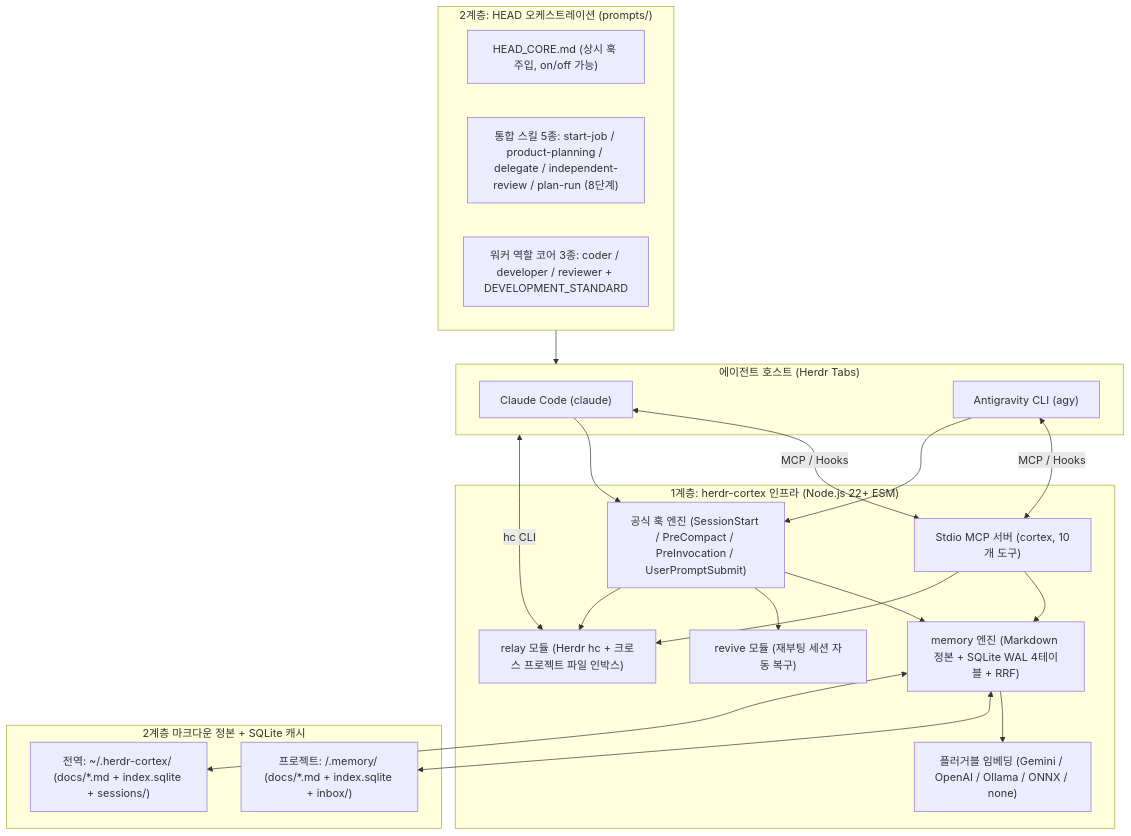
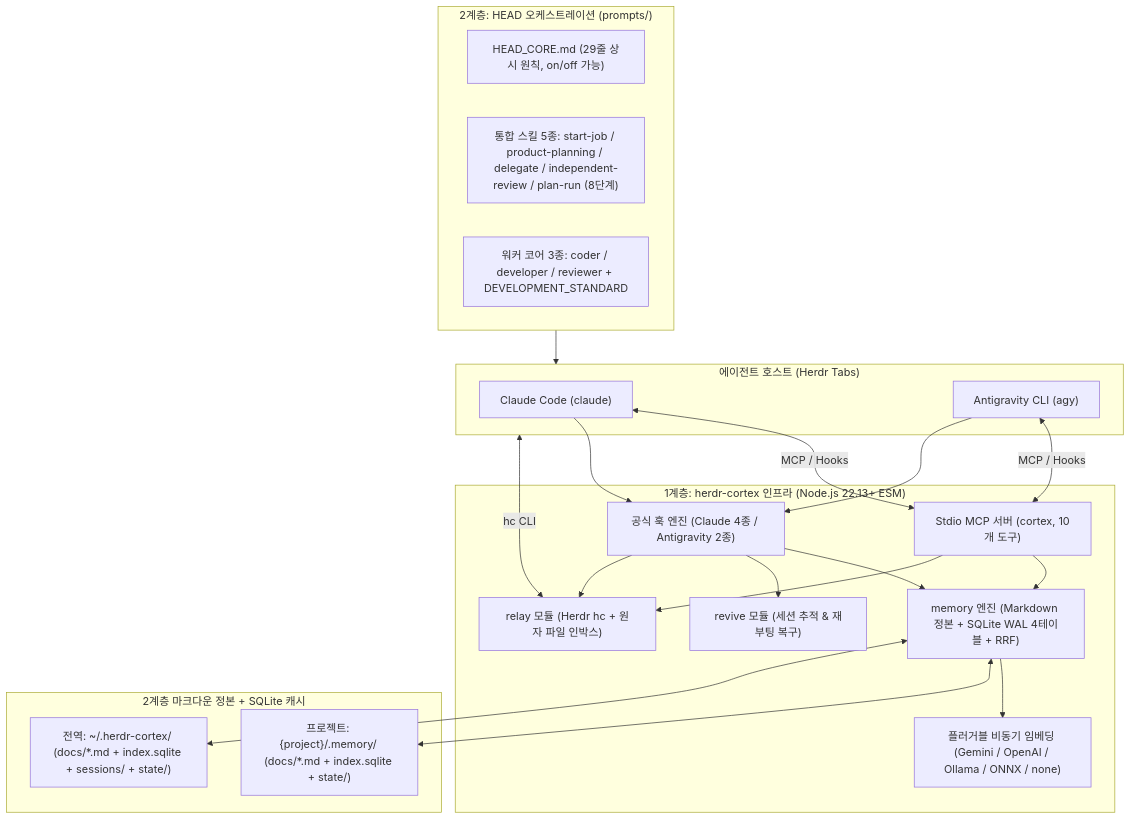
Before and after one commit to ggumtakg/herdr-cortex: the diagram in README.md, drawn with Mermaid. The commit also changed other lines of this file, not shown here.

Commit message:
Rewrite README.md to reflect hardened architecture and verified specs

````diff
--- a/README.md
+++ b/README.md
@@ -36,42 +94,42 @@
 ```mermaid
 flowchart TB
     subgraph Layer2["2계층: HEAD 오케스트레이션 (prompts/)"]
-        HC["HEAD_CORE.md (상시 훅 주입, on/off 가능)"]
+        HC["HEAD_CORE.md (29줄 상시 원칙, on/off 가능)"]
         SK["통합 스킬 5종: start-job / product-planning / delegate / independent-review / plan-run (8단계)"]
-        WK["워커 역할 코어 3종: coder / developer / reviewer + DEVELOPMENT_STANDARD"]
+        WK["워커 코어 3종: coder / developer / reviewer + DEVELOPMENT_STANDARD"]
     end
 
     subgraph Hosts["에이전트 호스트 (Herdr Tabs)"]
         CL["Claude Code (claude)"]
         AG["Antigravity CLI (agy)"]
     end
 
-    subgraph Layer1["1계층: herdr-cortex 인프라 (Node.js 22+ ESM)"]
+    subgraph Layer1["1계층: herdr-cortex 인프라 (Node.js 22.13+ ESM)"]
         MCP["Stdio MCP 서버 (cortex, 10개 도구)"]
-        HOOK["공식 훅 엔진 (SessionStart / PreCompact / PreInvocation / UserPromptSubmit)"]
-        REV["revive 모듈 (재부팅 세션 자동 복구)"]
-        REL["relay 모듈 (Herdr hc + 크로스 프로젝트 파일 인박스)"]
+        HOOK["공식 훅 엔진 (Claude 4종 / Antigravity 2종)"]
+        REV["revive 모듈 (세션 추적 & 재부팅 복구)"]
+        REL["relay 모듈 (Herdr hc + 원자 파일 인박스)"]
         MEM["memory 엔진 (Markdown 정본 + SQLite WAL 4테이블 + RRF)"]
-        EMB["플러거블 임베딩 (Gemini / OpenAI / Ollama / ONNX / none)"]
+        EMB["플러거블 비동기 임베딩 (Gemini / OpenAI / Ollama / ONNX / none)"]
     end
 
     subgraph Storage["2계층 마크다운 정본 + SQLite 캐시"]
-        PM["프로젝트: <project>/.memory/ (docs/*.md + index.sqlite + inbox/)"]
-        GM["전역: ~/.herdr-cortex/ (docs/*.md + index.sqlite + sessions/)"]
+        PM["프로젝트: {project}/.memory/ (docs/*.md + index.sqlite + state/)"]
+        GM["전역: ~/.herdr-cortex/ (docs/*.md + index.sqlite + sessions/ + state/)"]
     end
 
     Layer2 --> Hosts
     CL <-->|"MCP / Hooks"| MCP
     AG <-->|"MCP / Hooks"| MCP
     CL --> HOOK
     AG --> HOOK
     HOOK --> MEM
     HOOK --> REV
     HOOK --> REL
     MCP --> MEM
     MCP --> REL
     MEM --> EMB
     MEM <--> PM
     MEM <--> GM
     REL <-->|"hc CLI"| Hosts
 ```
````
